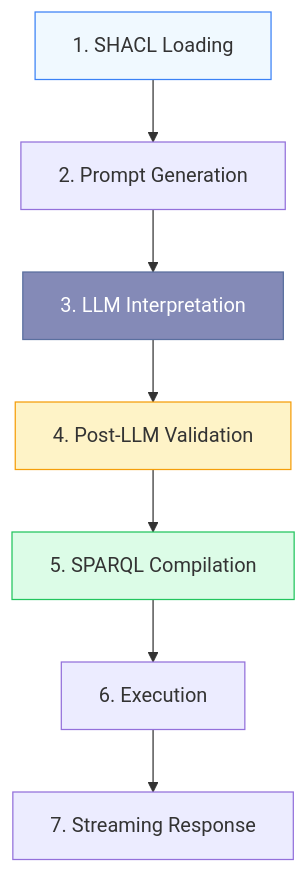
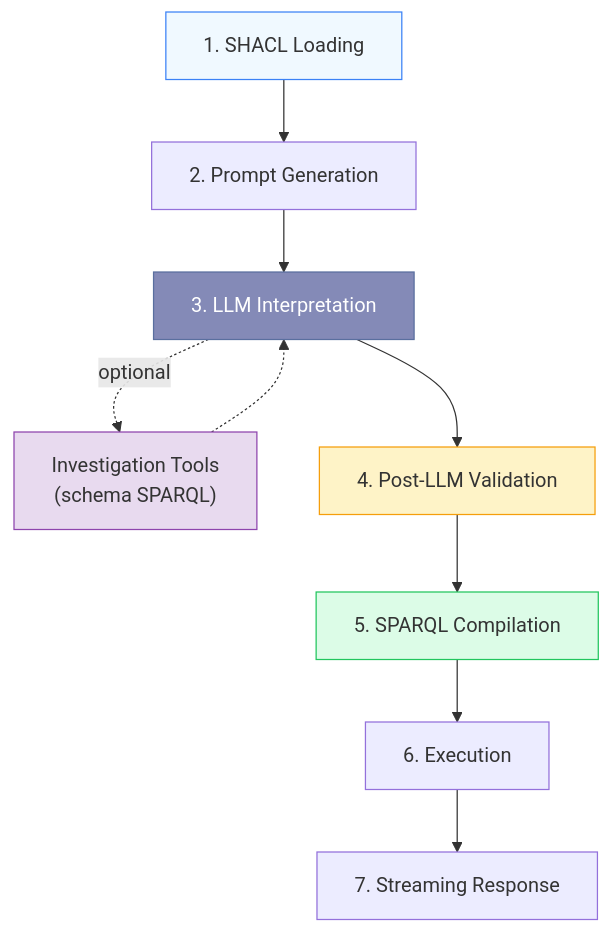
One commit to ASCS-eV/ontology-based-nl-search changed the first of 3 diagrams in apps/docs/query-flow.md. Above: the diagram before and after it, drawn with Mermaid. The commit also changed other lines of this file and 9 other files, not shown here.

First line of the commit message:
docs: rework architecture docs for ontology-agnostic design

````diff
--- a/apps/docs/query-flow.md
+++ b/apps/docs/query-flow.md
@@ -7,14 +7,17 @@
 ```mermaid
 graph TD
     A["1. SHACL Loading"] --> B["2. Prompt Generation"]
     B --> C["3. LLM Interpretation"]
+    C -.->|"optional"| IT["Investigation Tools<br/>(schema SPARQL)"]
+    IT -.-> C
     C --> D["4. Post-LLM Validation"]
     D --> E["5. SPARQL Compilation"]
     E --> F["6. Execution"]
     F --> G["7. Streaming Response"]
 
     style A fill:#f0f9ff,stroke:#3b82f6
     style C fill:#848ab7,stroke:#5a6f9f,color:#fff
+    style IT fill:#e8daef,stroke:#8e44ad
     style D fill:#fef3c7,stroke:#f59e0b
     style E fill:#dcfce7,stroke:#22c55e
 ```
````
